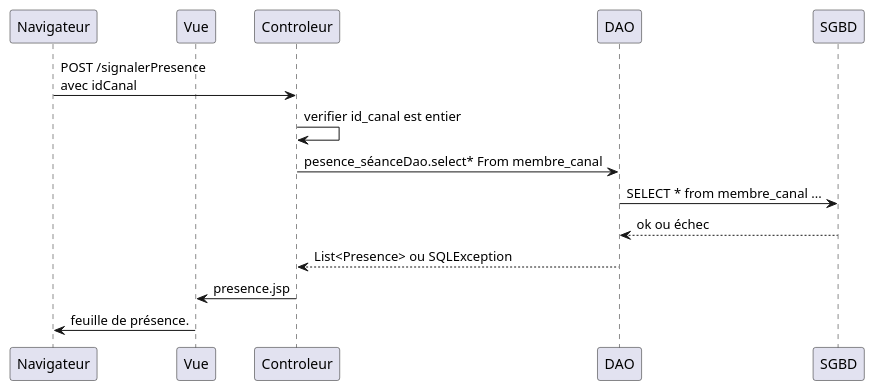
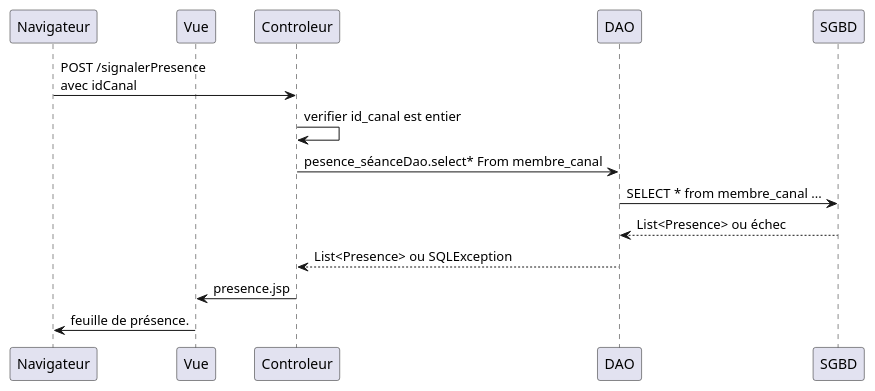
The diagram in src/main/uml/signalePresence.puml (michel-plasse/SIOMassy2022), drawn with PlantUML before and after one commit.

Commit message:
ajoute ListerLesMembres.puml

```diff
--- a/src/main/uml/signalePresence.puml
+++ b/src/main/uml/signalePresence.puml
@@ -1,13 +1,13 @@
 @startuml
 participant Navigateur
 participant Vue
 
 Navigateur -> Controleur: POST /signalerPresence\navec idCanal
 Controleur -> Controleur: verifier id_canal est entier
 Controleur -> DAO: pesence_séanceDao.select* From membre_canal
 DAO -> SGBD: SELECT * from membre_canal ...
-SGBD --> DAO: ok ou échec
+SGBD --> DAO: List<Presence> ou échec
 DAO --> Controleur:  List<Presence> ou SQLException
 Controleur -> Vue: presence.jsp
 Vue -> Navigateur:feuille de présence.
 @enduml
```
